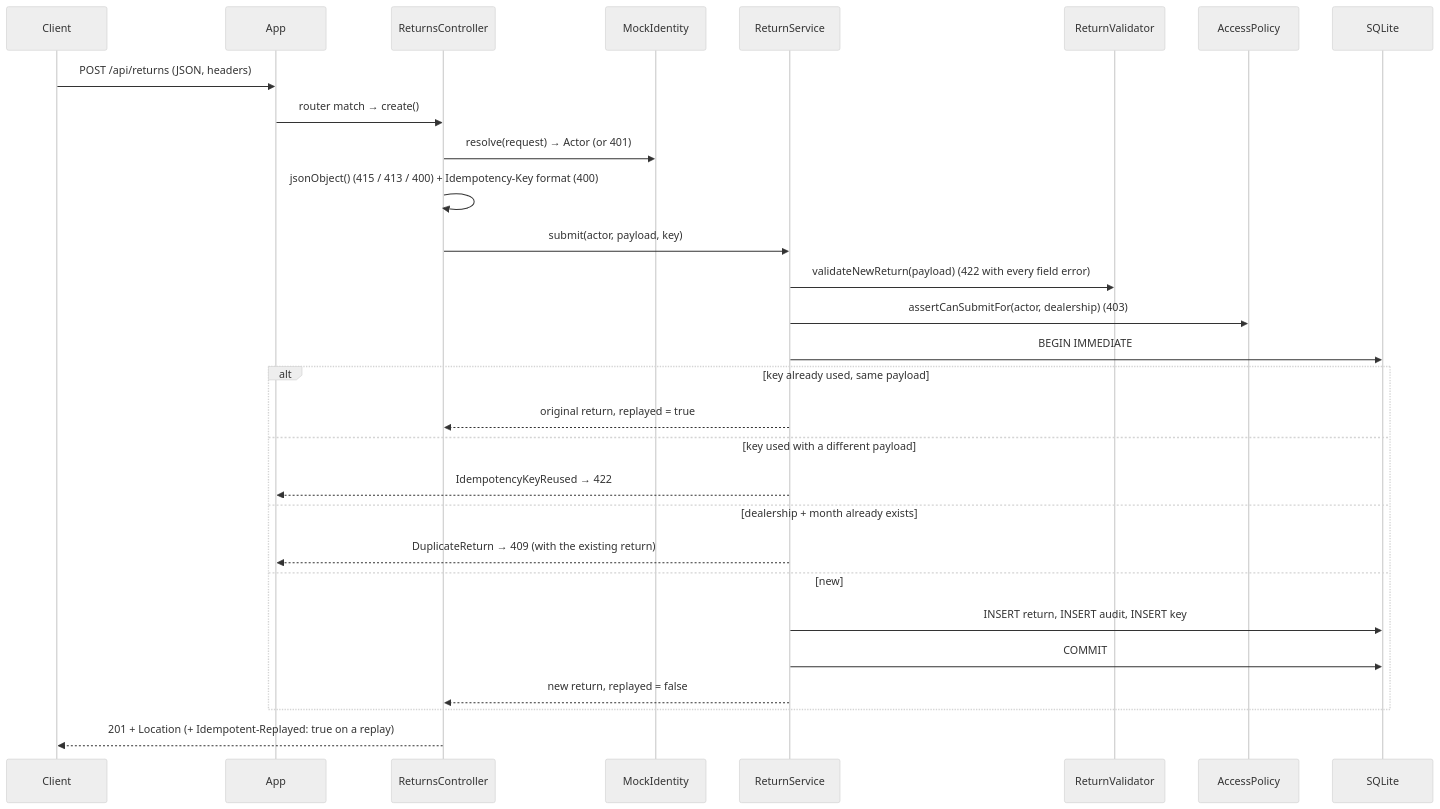
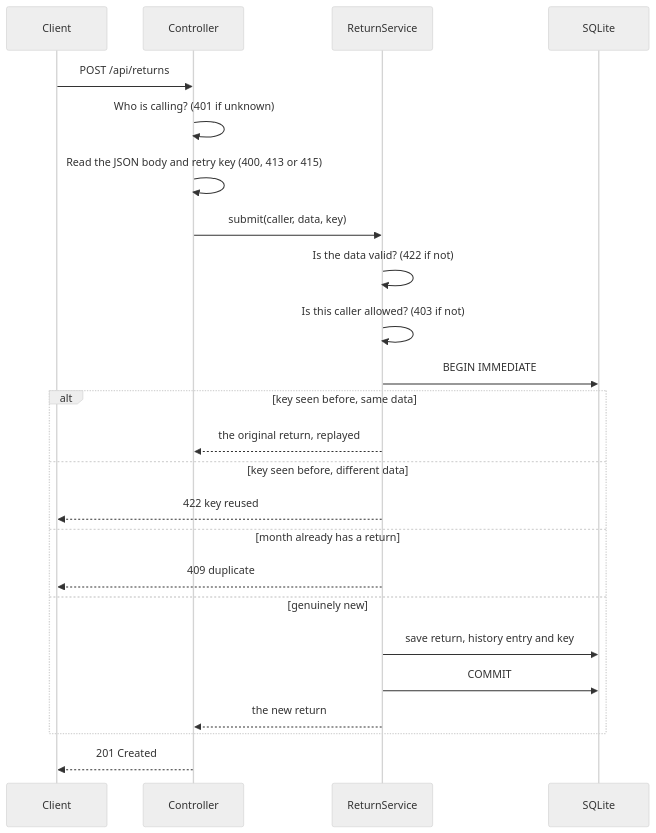
One commit to Jim247/dealership-project changed the fourth of 6 diagrams in docs/backend-rundown.md. Above: the diagram before and after it, drawn with Mermaid (neutral theme). The commit also changed other lines of this file and 1 other file, not shown here.

````diff
--- a/docs/backend-rundown.md
+++ b/docs/backend-rundown.md
@@ -375,31 +558,26 @@
 ```mermaid
 sequenceDiagram
     participant C as Client
-    participant App
-    participant RC as ReturnsController
-    participant MI as MockIdentity
+    participant RC as Controller
     participant RS as ReturnService
-    participant V as ReturnValidator
-    participant AP as AccessPolicy
     participant DB as SQLite
-    C->>App: POST /api/returns (JSON, headers)
-    App->>RC: router match → create()
-    RC->>MI: resolve(request) → Actor (or 401)
-    RC->>RC: jsonObject() (415 / 413 / 400) + Idempotency-Key format (400)
-    RC->>RS: submit(actor, payload, key)
-    RS->>V: validateNewReturn(payload) (422 with every field error)
-    RS->>AP: assertCanSubmitFor(actor, dealership) (403)
+    C->>RC: POST /api/returns
+    RC->>RC: Who is calling? (401 if unknown)
+    RC->>RC: Read the JSON body and retry key (400, 413 or 415)
+    RC->>RS: submit(caller, data, key)
+    RS->>RS: Is the data valid? (422 if not)
+    RS->>RS: Is this caller allowed? (403 if not)
     RS->>DB: BEGIN IMMEDIATE
-    alt key already used, same payload
-        RS-->>RC: original return, replayed = true
-    else key used with a different payload
-        RS-->>App: IdempotencyKeyReused → 422
-    else dealership + month already exists
-        RS-->>App: DuplicateReturn → 409 (with the existing return)
-    else new
-        RS->>DB: INSERT return, INSERT audit, INSERT key
+    alt key seen before, same data
+        RS-->>RC: the original return, replayed
+    else key seen before, different data
+        RS-->>C: 422 key reused
+    else month already has a return
+        RS-->>C: 409 duplicate
+    else genuinely new
+        RS->>DB: save return, history entry and key
         RS->>DB: COMMIT
-        RS-->>RC: new return, replayed = false
+        RS-->>RC: the new return
     end
-    RC-->>C: 201 + Location (+ Idempotent-Replayed: true on a replay)
+    RC-->>C: 201 Created
 ```
````
